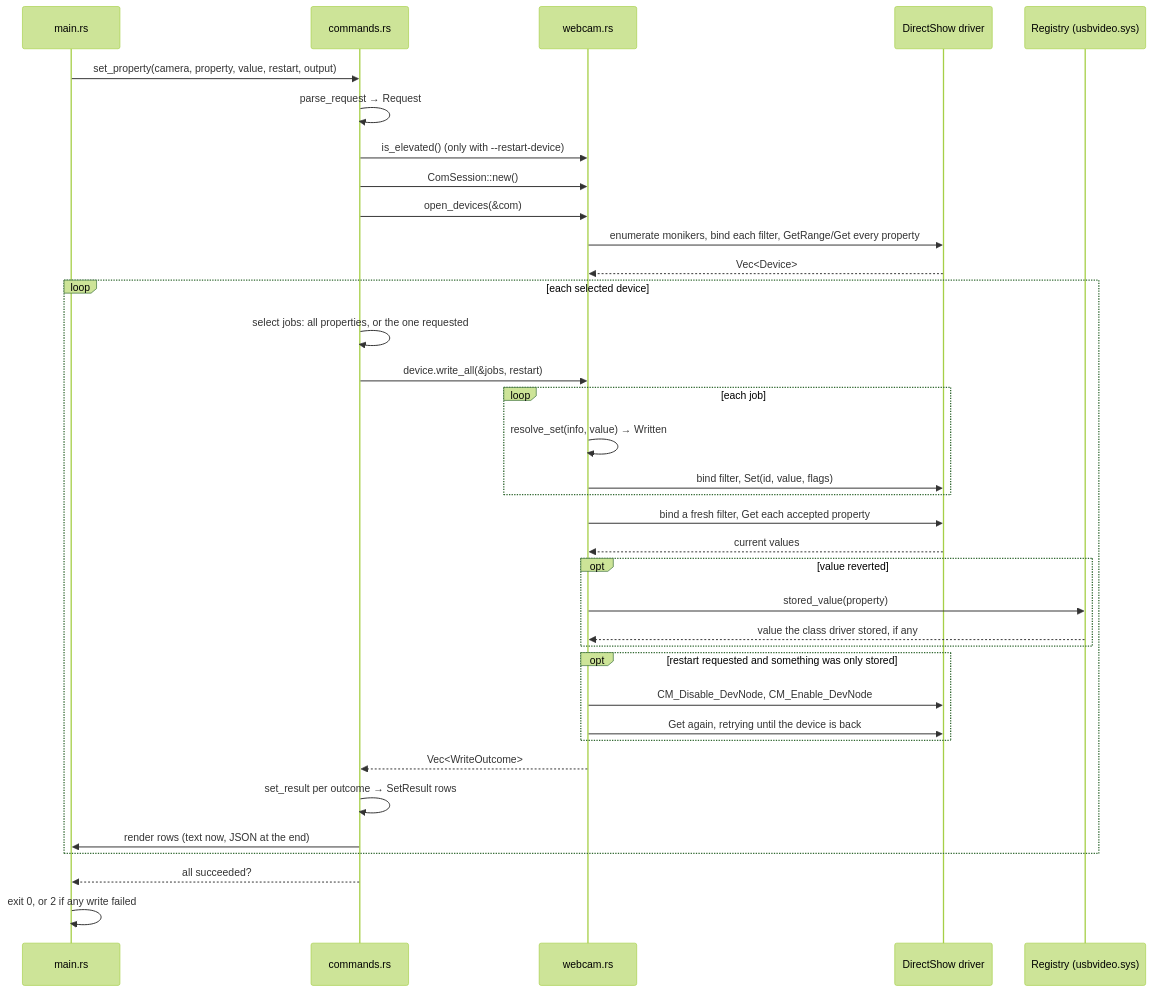
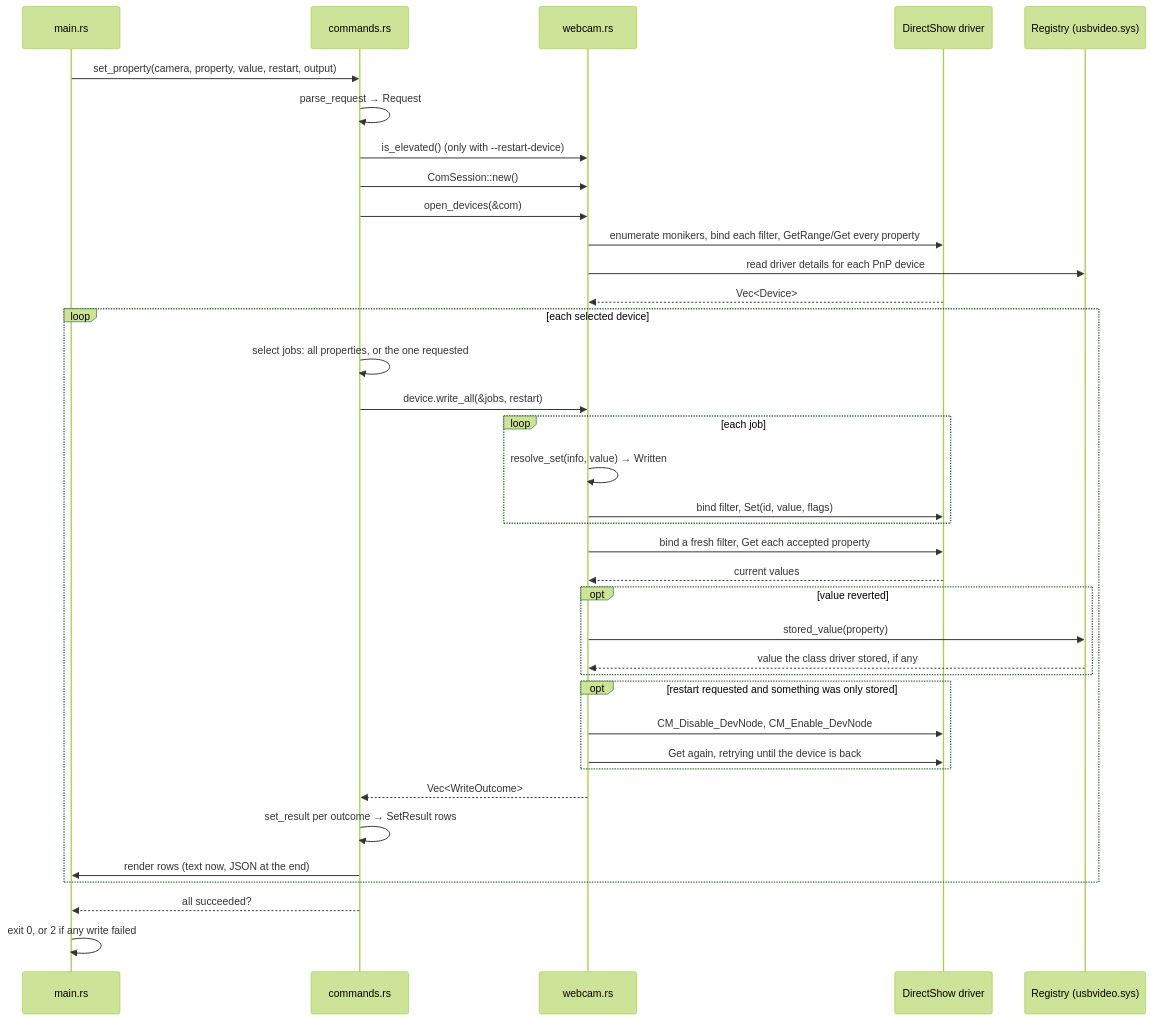
One commit to andrewj-t/wincamcfg changed the fourth of 5 diagrams in docs/architecture.md. Above: the diagram before and after it, drawn with Mermaid (forest theme). The commit also changed other lines of this file and 5 other files, not shown here.

First line of the commit message:
feat: show the driver's details in get

````diff
--- a/docs/architecture.md
+++ b/docs/architecture.md
@@ -233,39 +244,40 @@
 ```mermaid
 sequenceDiagram
     participant main as main.rs
     participant cmd as commands.rs
     participant wc as webcam.rs
     participant drv as DirectShow driver
     participant reg as Registry (usbvideo.sys)
 
     main->>cmd: set_property(camera, property, value, restart, output)
     cmd->>cmd: parse_request → Request
     cmd->>wc: is_elevated() (only with --restart-device)
     cmd->>wc: ComSession::new()
     cmd->>wc: open_devices(&com)
     wc->>drv: enumerate monikers, bind each filter, GetRange/Get every property
+    wc->>reg: read driver details for each PnP device
     drv-->>wc: Vec#lt;Device#gt;
     loop each selected device
         cmd->>cmd: select jobs: all properties, or the one requested
         cmd->>wc: device.write_all(&jobs, restart)
         loop each job
             wc->>wc: resolve_set(info, value) → Written
             wc->>drv: bind filter, Set(id, value, flags)
         end
         wc->>drv: bind a fresh filter, Get each accepted property
         drv-->>wc: current values
         opt value reverted
             wc->>reg: stored_value(property)
             reg-->>wc: value the class driver stored, if any
         end
         opt restart requested and something was only stored
             wc->>drv: CM_Disable_DevNode, CM_Enable_DevNode
             wc->>drv: Get again, retrying until the device is back
         end
         wc-->>cmd: Vec#lt;WriteOutcome#gt;
         cmd->>cmd: set_result per outcome → SetResult rows
         cmd->>main: render rows (text now, JSON at the end)
     end
     cmd-->>main: all succeeded?
     main->>main: exit 0, or 2 if any write failed
 ```
````
